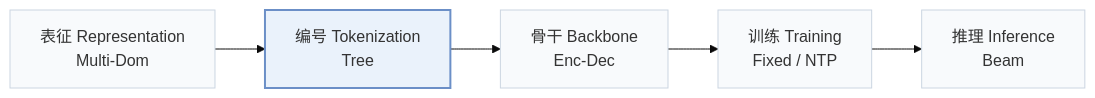
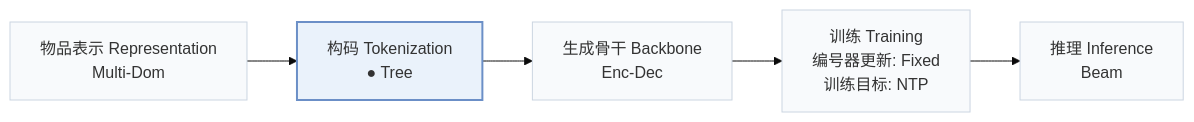
Before and after one commit to Galaxy-ghost/Awesome-SID-Generative-Rec: the first of 2 diagrams in pages/zh/papers/utgrec.md, drawn with Mermaid (base theme). The commit also changed other lines of this file and 558 other files, not shown here.

````diff
--- a/pages/zh/papers/utgrec.md
+++ b/pages/zh/papers/utgrec.md
@@ -15,8 +19,8 @@
 ```mermaid
 flowchart LR
-    R["表征 Representation<br/>Multi-Dom"] --> T["编号 Tokenization<br/>Tree"] --> B["骨干 Backbone<br/>Enc-Dec"] --> TR["训练 Training<br/>Fixed / NTP"] --> I["推理 Inference<br/>Beam"]
+    R["物品表示 Representation<br/>Multi-Dom"] --> T["构码 Tokenization<br/>● Tree"] --> B["生成骨干 Backbone<br/>Enc-Dec"] --> TR["训练 Training<br/>编号器更新: Fixed<br/>训练目标: NTP"] --> I["推理 Inference<br/>Beam"]
     classDef base fill:#f8fafc,stroke:#cbd5e1
     class R,T,B,TR,I base
     classDef main fill:#eaf2fb,stroke:#6b8fc7,stroke-width:2px
     class T main
 ```
````
